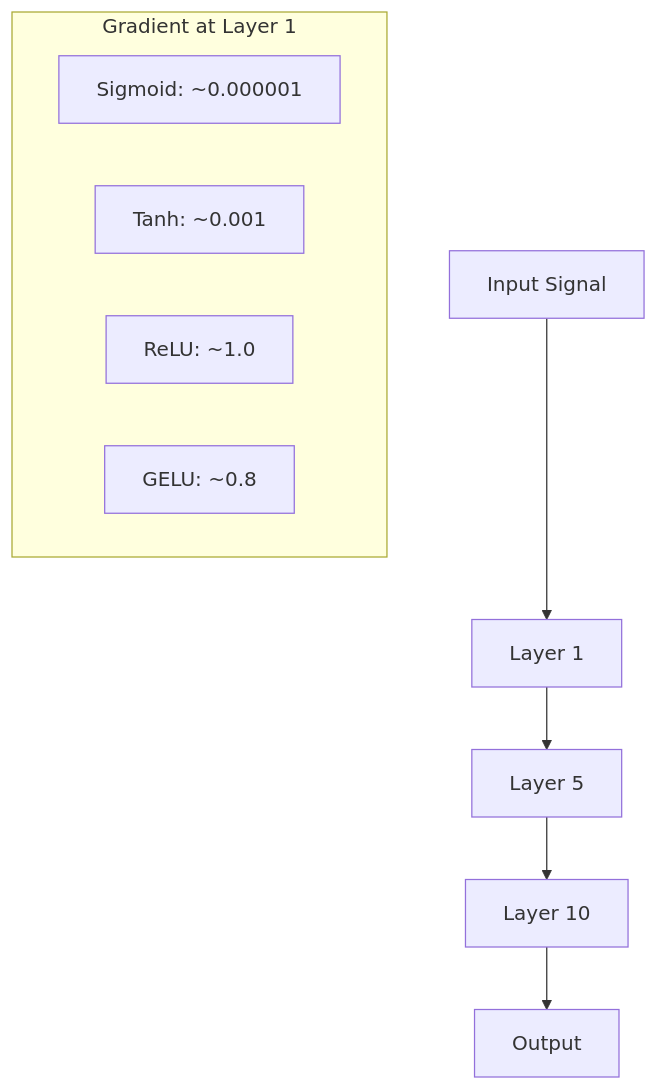
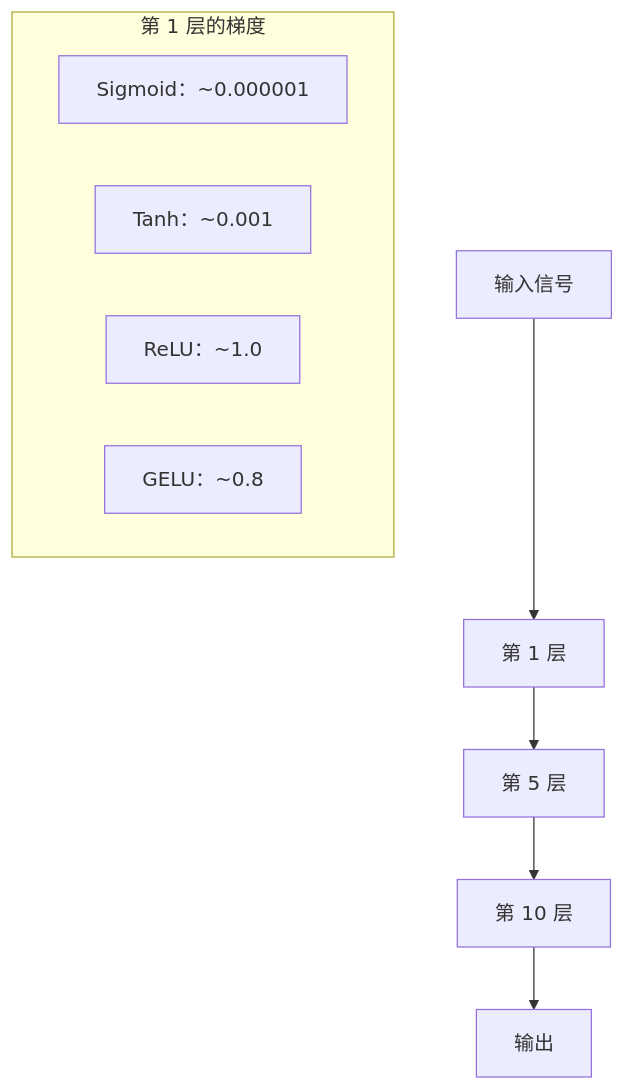
Before and after one commit to omigaZen/ai-engineering-from-scratch: the second of 3 diagrams in phases/03-deep-learning-core/04-activation-functions/docs/zh.md, drawn with Mermaid. The commit also changed other lines of this file, not shown here.

````diff
--- a/phases/03-deep-learning-core/04-activation-functions/docs/zh.md
+++ b/phases/03-deep-learning-core/04-activation-functions/docs/zh.md
@@ -184,14 +184,14 @@
 ```mermaid
 graph TD
-    Input["Input Signal"] --> L1["Layer 1"]
-    L1 --> L5["Layer 5"]
-    L5 --> L10["Layer 10"]
-    L10 --> Output["Output"]
+    Input["输入信号"] --> L1["第 1 层"]
+    L1 --> L5["第 5 层"]
+    L5 --> L10["第 10 层"]
+    L10 --> Output["输出"]
 
-    subgraph "Gradient at Layer 1"
-        SigGrad["Sigmoid: ~0.000001"]
-        TanhGrad["Tanh: ~0.001"]
-        ReluGrad["ReLU: ~1.0"]
-        GeluGrad["GELU: ~0.8"]
+    subgraph "第 1 层的梯度"
+        SigGrad["Sigmoid：~0.000001"]
+        TanhGrad["Tanh：~0.001"]
+        ReluGrad["ReLU：~1.0"]
+        GeluGrad["GELU：~0.8"]
     end
 ```
````
